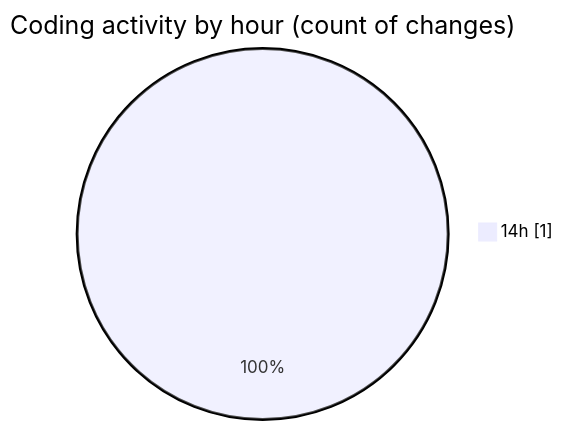
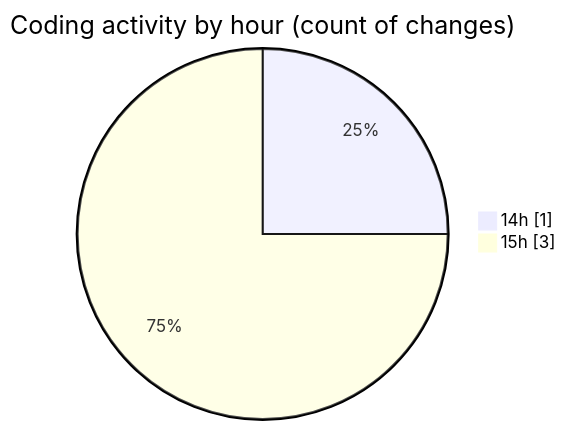
The second of 2 diagrams in 2025-02-08/optional_codings/README.md (NitaiMahat/code-tracking), drawn with Mermaid before and after one commit. The commit also changed other lines of this file and 1 other file, not shown here.

````diff
--- a/2025-02-08/optional_codings/README.md
+++ b/2025-02-08/optional_codings/README.md
@@ -28,5 +28,6 @@
 ```mermaid
 pie showData
 title Coding activity by hour (count of changes)
 "14h" : 1
+"15h" : 3
 ```
````
